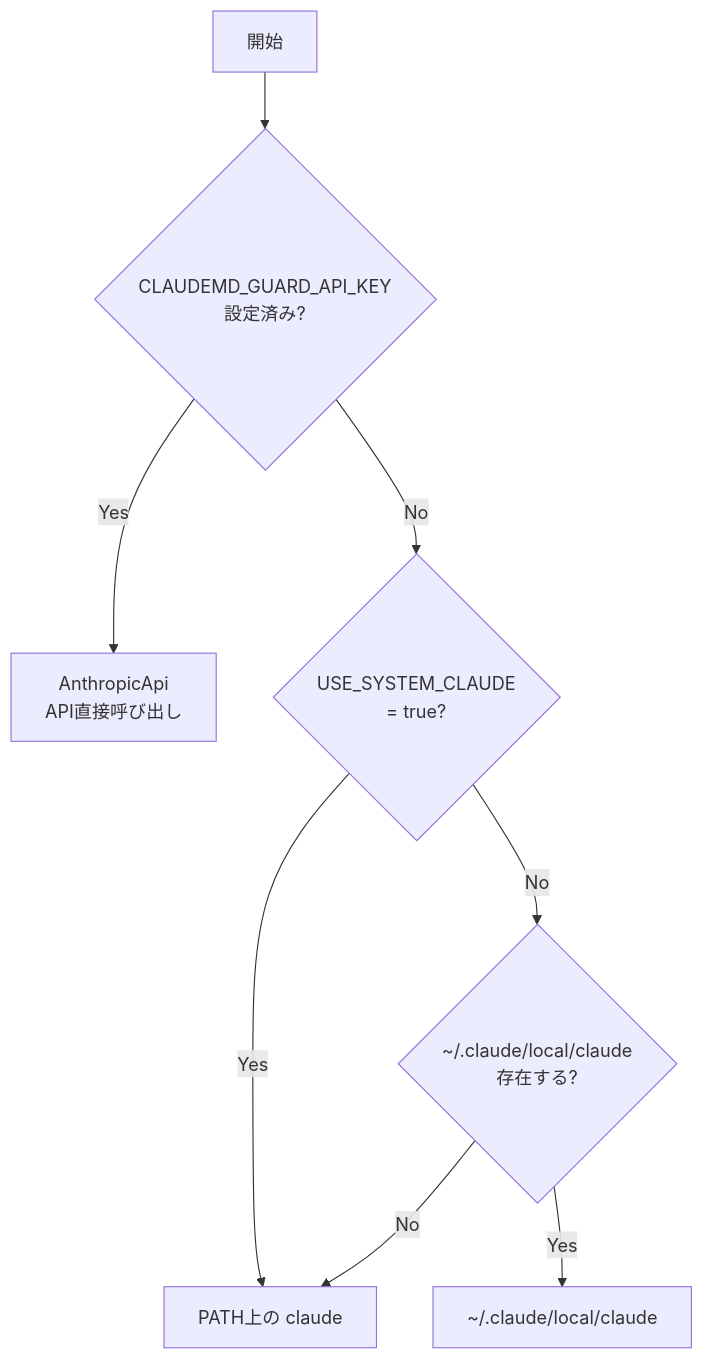
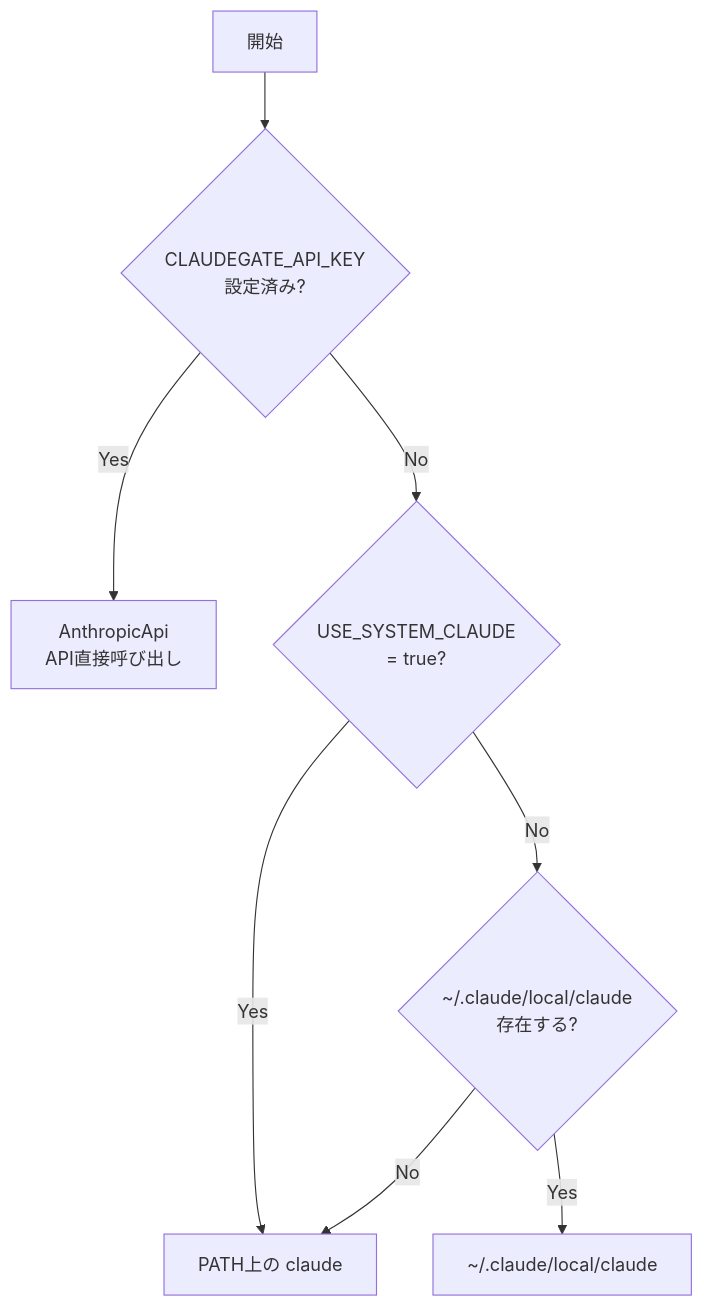
Before and after one commit to Hiro-Chiba/claudemd-guard: the fourth of 5 diagrams in docs/architecture_jp.md, drawn with Mermaid. The commit also changed other lines of this file and 19 other files, not shown here.

First line of the commit message:
chore: rename project from claudemd-guard to claudegate (#22)

````diff
--- a/docs/architecture_jp.md
+++ b/docs/architecture_jp.md
@@ -102,10 +102,10 @@
 ```mermaid
 flowchart TD
-    Start[開始] --> CheckAPI{CLAUDEMD_GUARD_API_KEY<br/>設定済み?}
+    Start[開始] --> CheckAPI{CLAUDEGATE_API_KEY<br/>設定済み?}
     CheckAPI -->|Yes| API[AnthropicApi<br/>API直接呼び出し]
     CheckAPI -->|No| CheckSystem{USE_SYSTEM_CLAUDE<br/>= true?}
     CheckSystem -->|Yes| PATH[PATH上の claude]
     CheckSystem -->|No| CheckLocal{~/.claude/local/claude<br/>存在する?}
     CheckLocal -->|Yes| Local[~/.claude/local/claude]
     CheckLocal -->|No| PATH
 ```
````
